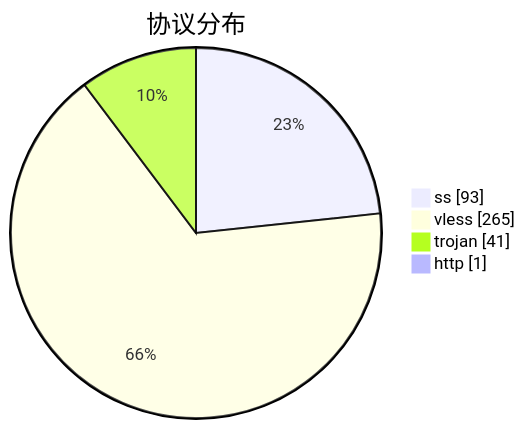
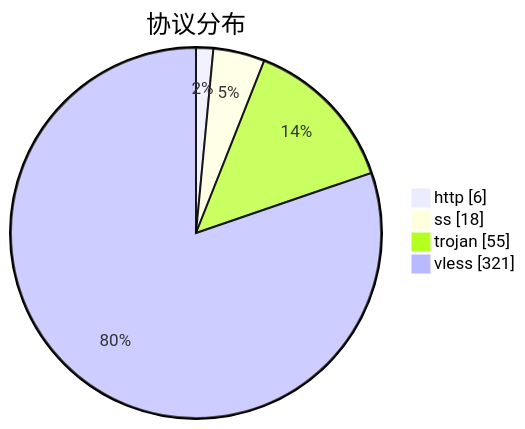
Before and after one commit to qjlxg/airport: the third of 3 diagrams in subs/statistics/tested_within.md, drawn with Mermaid. The commit also changed other lines of this file and 2 other files, not shown here.

````diff
--- a/subs/statistics/tested_within.md
+++ b/subs/statistics/tested_within.md
@@ -20,8 +21,8 @@
 ```mermaid
 pie showData
 title 协议分布
-"ss" : 93
-"vless" : 265
-"trojan" : 41
-"http" : 1
+"http" : 6
+"ss" : 18
+"trojan" : 55
+"vless" : 321
 ```
````
